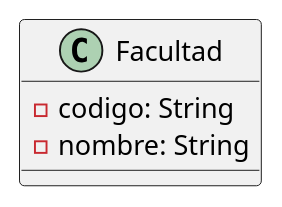
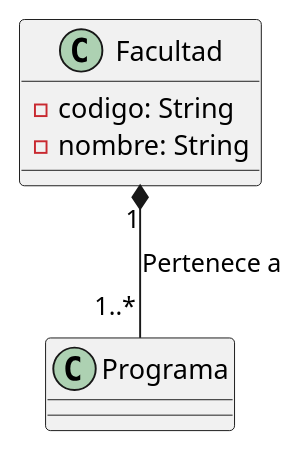
One commit to PaoloTrujillo-7502610016/POO-U4-protocolo-colaborativo-7502610016-7502610019 changed the diagram in src/ejemplo_completo_2/codigo_UML/Facultad.puml. Above: the diagram before and after it, drawn with PlantUML. The commit also changed 4 other files, not shown here.

Commit message:
Insercion diagrama general

```diff
--- a/src/ejemplo_completo_2/codigo_UML/Facultad.puml
+++ b/src/ejemplo_completo_2/codigo_UML/Facultad.puml
@@ -1,7 +1,9 @@
 @startuml
     class Facultad{
         -codigo: String
         -nombre: String
         
     }
+    Facultad "1" *-- "1..*" Programa :Pertenece a
+
 @enduml
```
